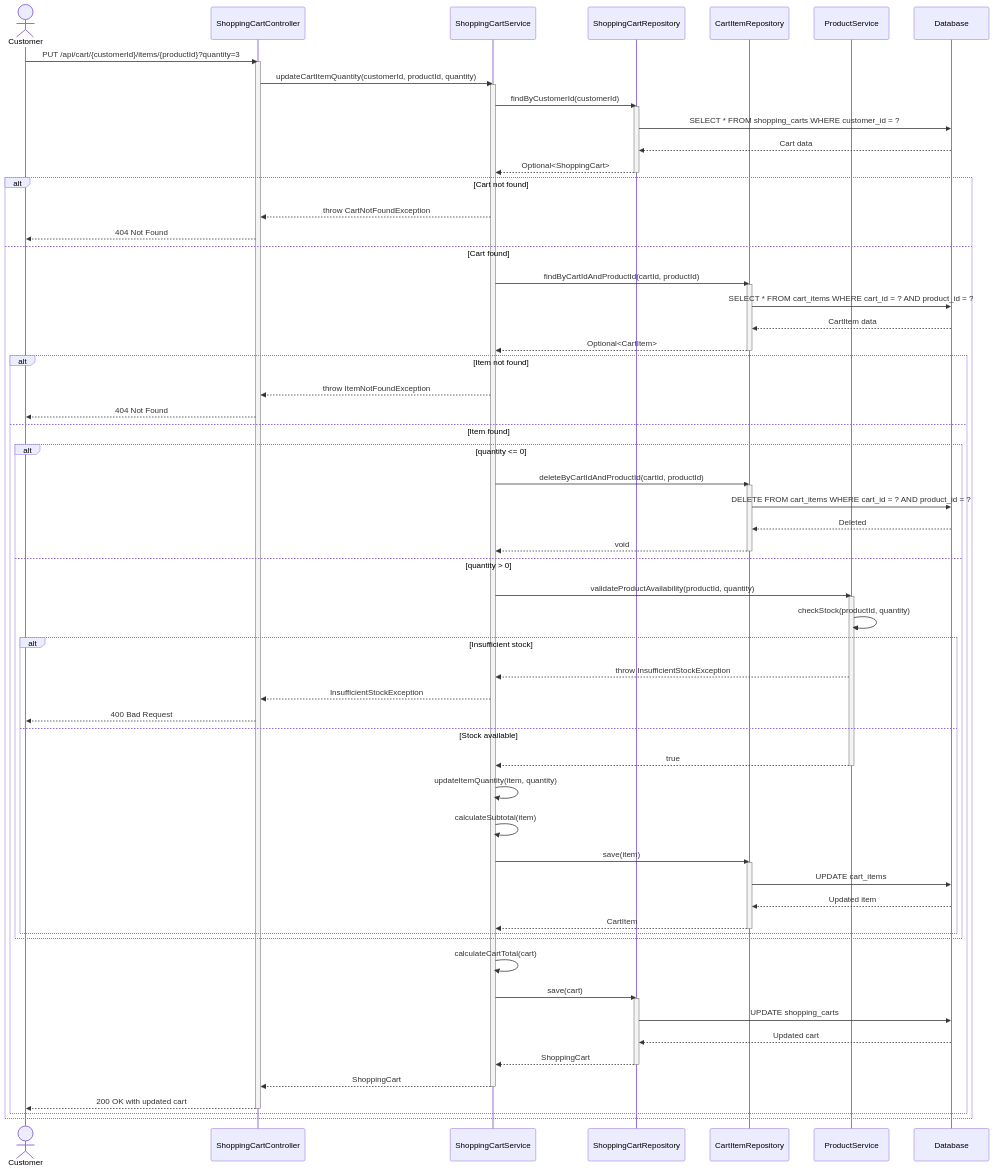
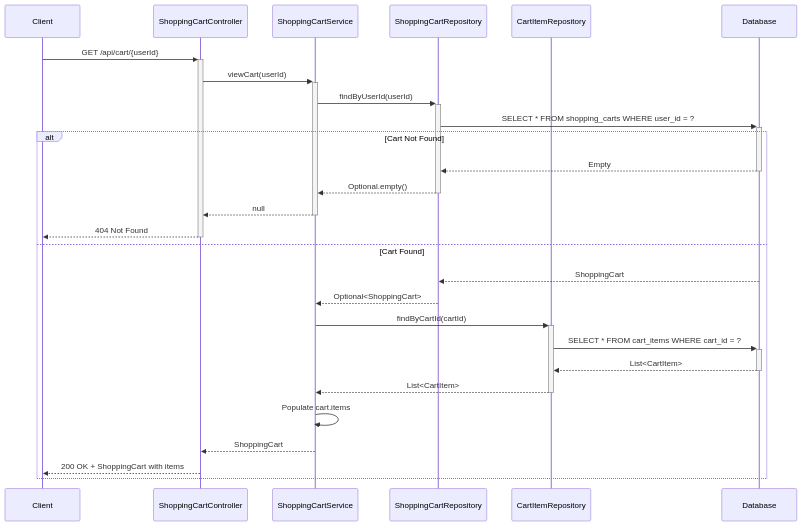
One commit to NavneetBN47/aava-ecom-demo changed diagram 16 of 18 in docs/LLD/modified_lld.md. Above: the diagram before and after it, drawn with Mermaid. The commit also changed other lines of this file, not shown here.

````diff
--- a/docs/LLD/modified_lld.md
+++ b/docs/LLD/modified_lld.md
@@ -1262,84 +854,35 @@
 ```mermaid
 sequenceDiagram
-    actor Customer
-    participant Controller as ShoppingCartController
-    participant Service as ShoppingCartService
-    participant CartRepo as ShoppingCartRepository
-    participant ItemRepo as CartItemRepository
-    participant ProdService as ProductService
-    participant DB as Database
+    participant Client
+    participant ShoppingCartController
+    participant ShoppingCartService
+    participant ShoppingCartRepository
+    participant CartItemRepository
+    participant Database
     
-    Customer->>Controller: PUT /api/cart/{customerId}/items/{productId}?quantity=3
-    activate Controller
+    Client->>+ShoppingCartController: GET /api/cart/{userId}
+    ShoppingCartController->>+ShoppingCartService: viewCart(userId)
     
-    Controller->>Service: updateCartItemQuantity(customerId, productId, quantity)
-    activate Service
+    ShoppingCartService->>+ShoppingCartRepository: findByUserId(userId)
+    ShoppingCartRepository->>+Database: SELECT * FROM shopping_carts WHERE user_id = ?
     
-    Service->>CartRepo: findByCustomerId(customerId)
-    activate CartRepo
-    CartRepo->>DB: SELECT * FROM shopping_carts WHERE customer_id = ?
-    DB-->>CartRepo: Cart data
-    CartRepo-->>Service: Optional<ShoppingCart>
-    deactivate CartRepo
-    
-    alt Cart not found
-        Service-->>Controller: throw CartNotFoundException
-        Controller-->>Customer: 404 Not Found
-    else Cart found
-        Service->>ItemRepo: findByCartIdAndProductId(cartId, productId)
-        activate ItemRepo
-        ItemRepo->>DB: SELECT * FROM cart_items WHERE cart_id = ? AND product_id = ?
-        DB-->>ItemRepo: CartItem data
-        ItemRepo-->>Service: Optional<CartItem>
-        deactivate ItemRepo
+    alt Cart Not Found
+        Database-->>-ShoppingCartRepository: Empty
+        ShoppingCartRepository-->>-ShoppingCartService: Optional.empty()
+        ShoppingCartService-->>-ShoppingCartController: null
+        ShoppingCartController-->>-Client: 404 Not Found
+    else Cart Found
+        Database-->>ShoppingCartRepository: ShoppingCart
+        ShoppingCartRepository-->>ShoppingCartService: Optional<ShoppingCart>
         
-        alt Item not found
-            Service-->>Controller: throw ItemNotFoundException
-            Controller-->>Customer: 404 Not Found
-        else Item found
-            alt quantity <= 0
-                Service->>ItemRepo: deleteByCartIdAndProductId(cartId, productId)
-                activate ItemRepo
-                ItemRepo->>DB: DELETE FROM cart_items WHERE cart_id = ? AND product_id = ?
-                DB-->>ItemRepo: Deleted
-                ItemRepo-->>Service: void
-                deactivate ItemRepo
-            else quantity > 0
-                Service->>ProdService: validateProductAvailability(productId, quantity)
-                activate ProdService
-                ProdService->>ProdService: checkStock(productId, quantity)
-                
-                alt Insufficient stock
-                    ProdService-->>Service: throw InsufficientStockException
-                    Service-->>Controller: InsufficientStockException
-                    Controller-->>Customer: 400 Bad Request
-                else Stock available
-                    ProdService-->>Service: true
-                    deactivate ProdService
-                    
-                    Service->>Service: updateItemQuantity(item, quantity)
-                    Service->>Service: calculateSubtotal(item)
-                    Service->>ItemRepo: save(item)
-                    activate ItemRepo
-                    ItemRepo->>DB: UPDATE cart_items
-                    DB-->>ItemRepo: Updated item
-                    ItemRepo-->>Service: CartItem
-                    deactivate ItemRepo
-                end
-            end
-            
-            Service->>Service: calculateCartTotal(cart)
-            Service->>CartRepo: save(cart)
-            activate CartRepo
-            CartRepo->>DB: UPDATE shopping_carts
-            DB-->>CartRepo: Updated cart
-            CartRepo-->>Service: ShoppingCart
-            deactivate CartRepo
-            
-            Service-->>Controller: ShoppingCart
-            deactivate Service
-            Controller-->>Customer: 200 OK with updated cart
-            deactivate Controller
-        end
+        %% Load cart items
+        ShoppingCartService->>+CartItemRepository: findByCartId(cartId)
+        CartItemRepository->>+Database: SELECT * FROM cart_items WHERE cart_id = ?
+        Database-->>-CartItemRepository: List<CartItem>
+        CartItemRepository-->>-ShoppingCartService: List<CartItem>
+        
+        ShoppingCartService->>ShoppingCartService: Populate cart.items
+        ShoppingCartService-->>ShoppingCartController: ShoppingCart
+        ShoppingCartController-->>Client: 200 OK + ShoppingCart with items
     end
 ```
````
